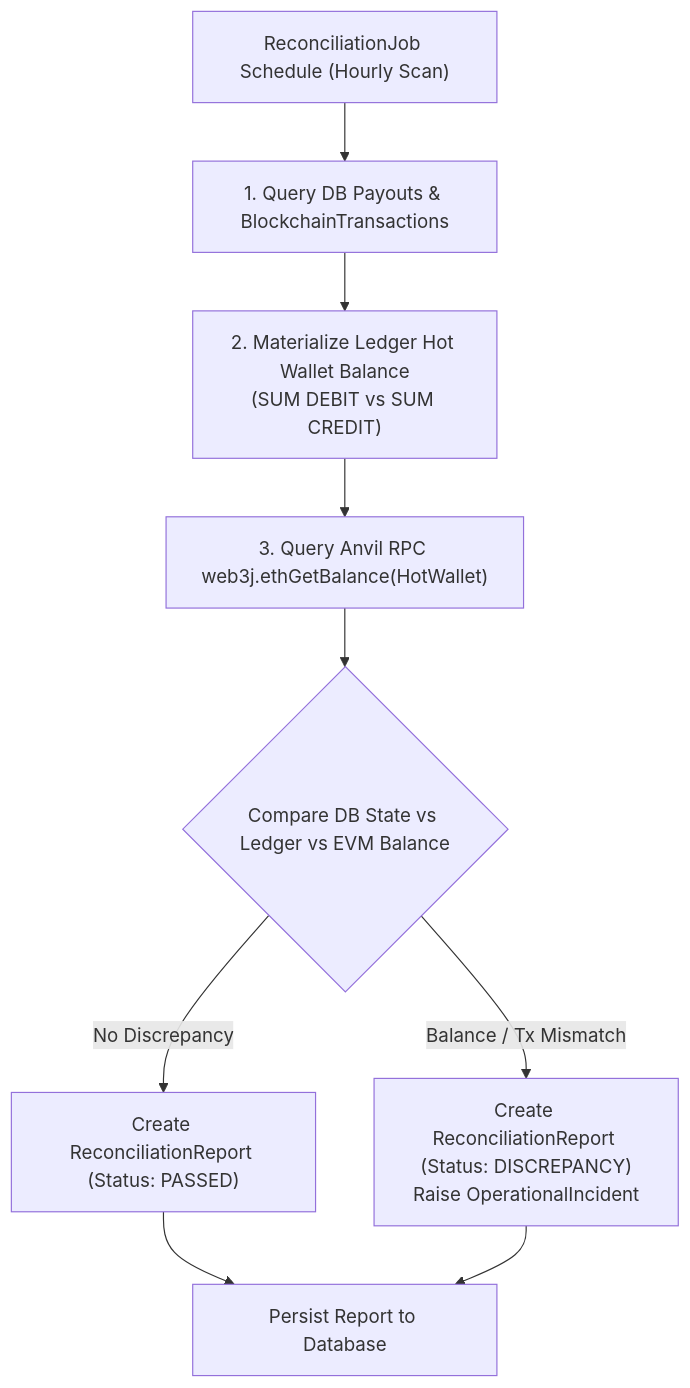
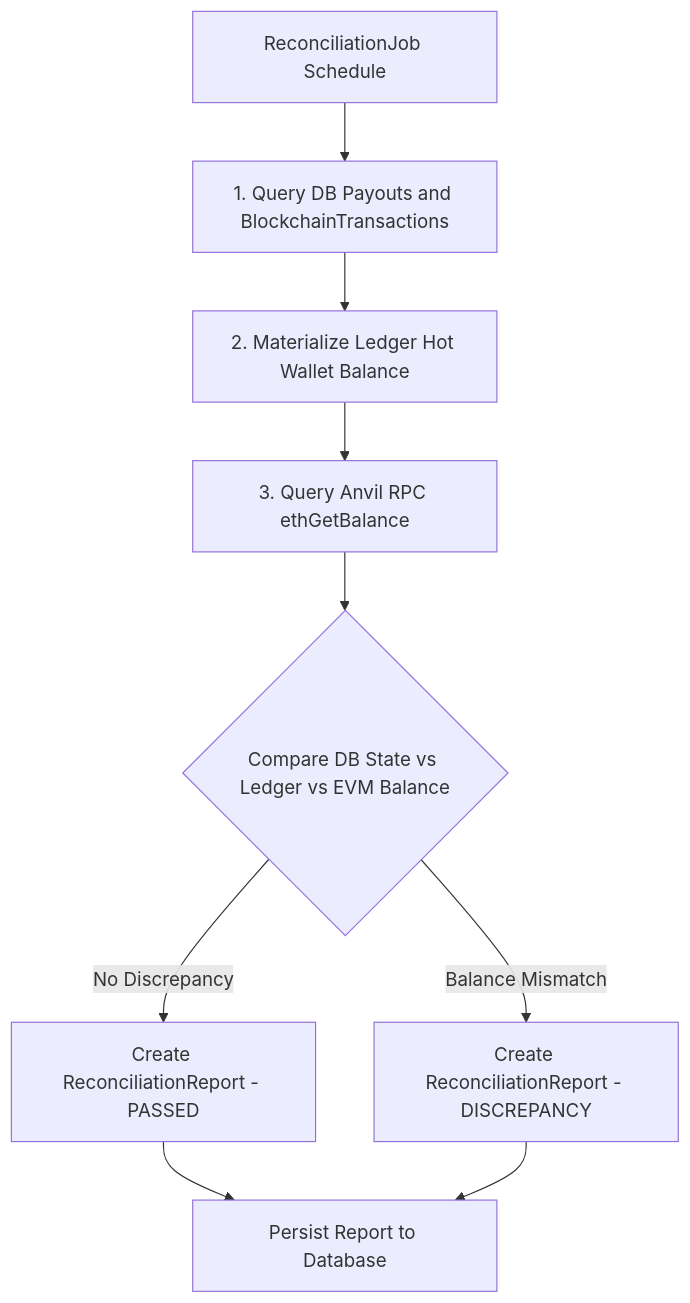
The fourth of 4 diagrams in docs/architecture-and-testing-guide.md (0xshikhar/chainpay), drawn with Mermaid before and after one commit. The commit also changed other lines of this file and 4 other files, not shown here.

````diff
--- a/docs/architecture-and-testing-guide.md
+++ b/docs/architecture-and-testing-guide.md
@@ -209,14 +209,14 @@
 ```mermaid
 flowchart TD
-    Start["ReconciliationJob Schedule (Hourly Scan)"] --> AuditDB["1. Query DB Payouts & BlockchainTransactions"]
-    AuditDB --> AuditLedger["2. Materialize Ledger Hot Wallet Balance\n(SUM DEBIT vs SUM CREDIT)"]
-    AuditLedger --> AuditEVM["3. Query Anvil RPC web3j.ethGetBalance(HotWallet)"]
+    Start["ReconciliationJob Schedule"] --> AuditDB["1. Query DB Payouts and BlockchainTransactions"]
+    AuditDB --> AuditLedger["2. Materialize Ledger Hot Wallet Balance"]
+    AuditLedger --> AuditEVM["3. Query Anvil RPC ethGetBalance"]
     
     AuditEVM --> CheckInvariants{"Compare DB State vs Ledger vs EVM Balance"}
     
-    CheckInvariants -->|No Discrepancy| Pass["Create ReconciliationReport (Status: PASSED)"]
-    CheckInvariants -->|Balance / Tx Mismatch| Fail["Create ReconciliationReport (Status: DISCREPANCY)\nRaise OperationalIncident"]
+    CheckInvariants -->|No Discrepancy| Pass["Create ReconciliationReport - PASSED"]
+    CheckInvariants -->|Balance Mismatch| Fail["Create ReconciliationReport - DISCREPANCY"]
     
     Pass --> Persist["Persist Report to Database"]
     Fail --> Persist
 ```
````
